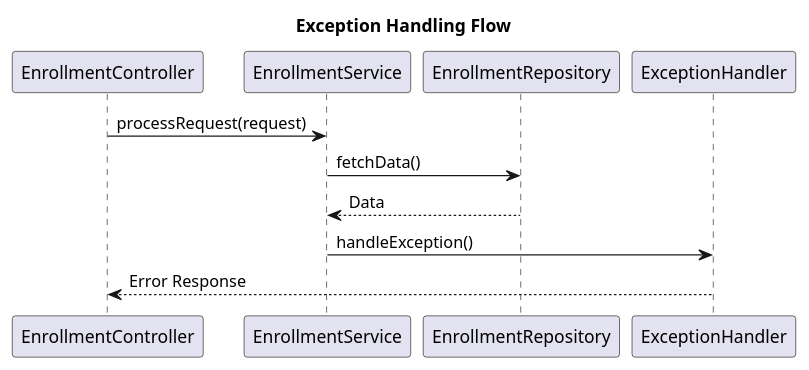
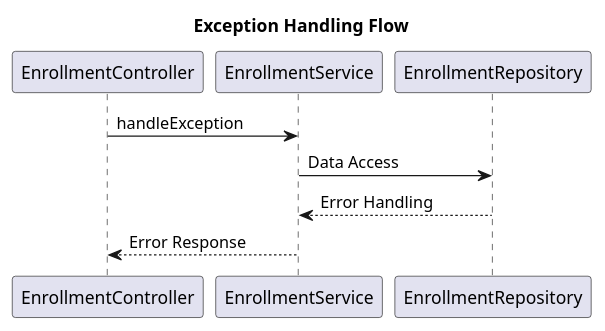
Before and after one commit to Dinesh-s95/AutoDoc.ai: the fifth of 6 diagrams in enrollment/documentation/detaileddesign.adoc, drawn with PlantUML. The commit also changed other lines of this file and 16 other files, not shown here.

```diff
--- a/enrollment/documentation/detaileddesign.adoc
+++ b/enrollment/documentation/detaileddesign.adoc
@@ -144,10 +147,9 @@
-[plantuml, runtime-sequence]
+[plantuml, runtime-view]
 ----
 title Exception Handling Flow
-
-EnrollmentController -> EnrollmentService: processRequest(request)
-EnrollmentService -> EnrollmentRepository: fetchData()
-EnrollmentRepository --> EnrollmentService: Data
-EnrollmentService -> ExceptionHandler: handleException()
-ExceptionHandler --> EnrollmentController: Error Response
+participant EnrollmentController
+EnrollmentController -> EnrollmentService: handleException
+EnrollmentService -> EnrollmentRepository: Data Access
+EnrollmentRepository --> EnrollmentService: Error Handling
+EnrollmentService --> EnrollmentController: Error Response
 ----
```
